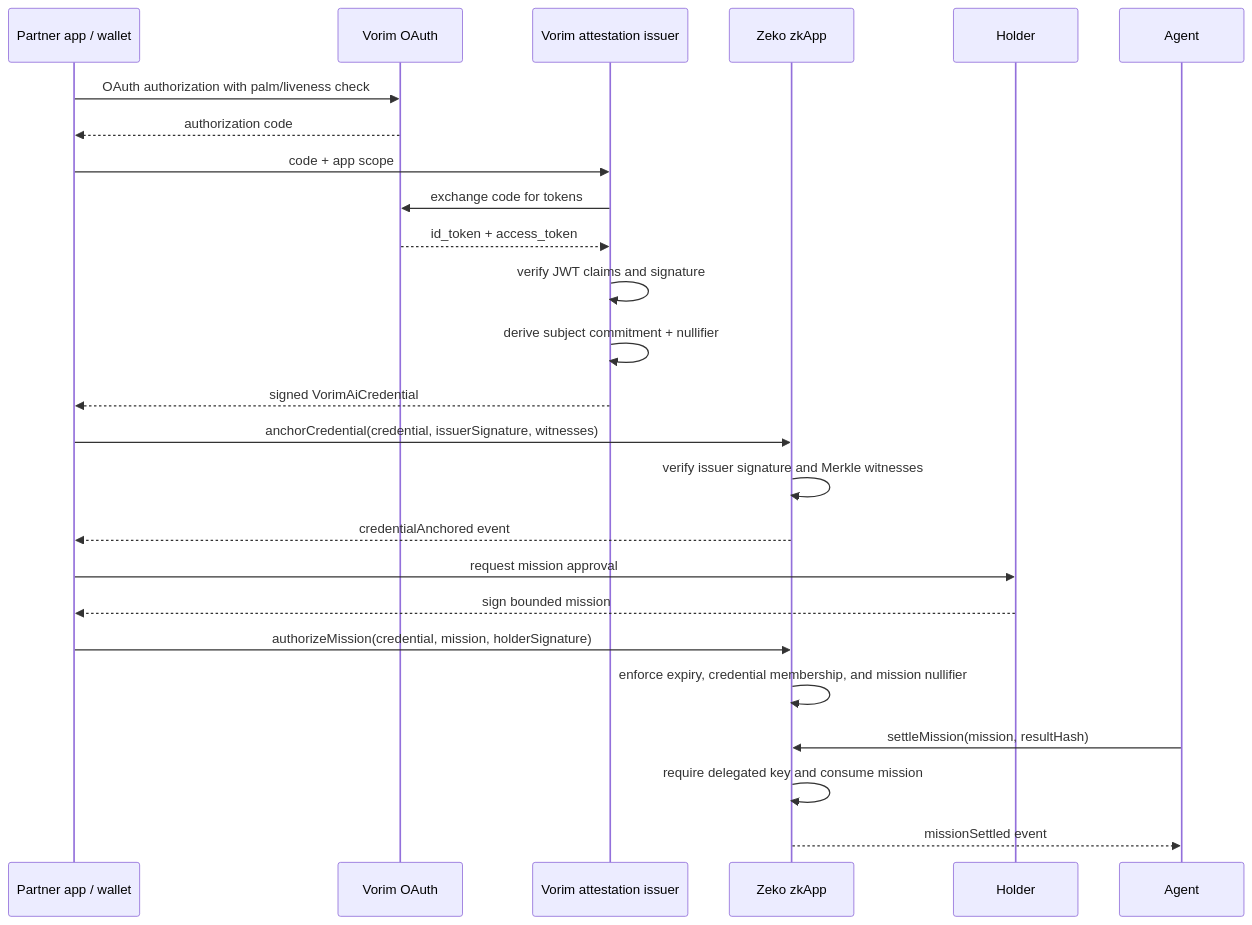
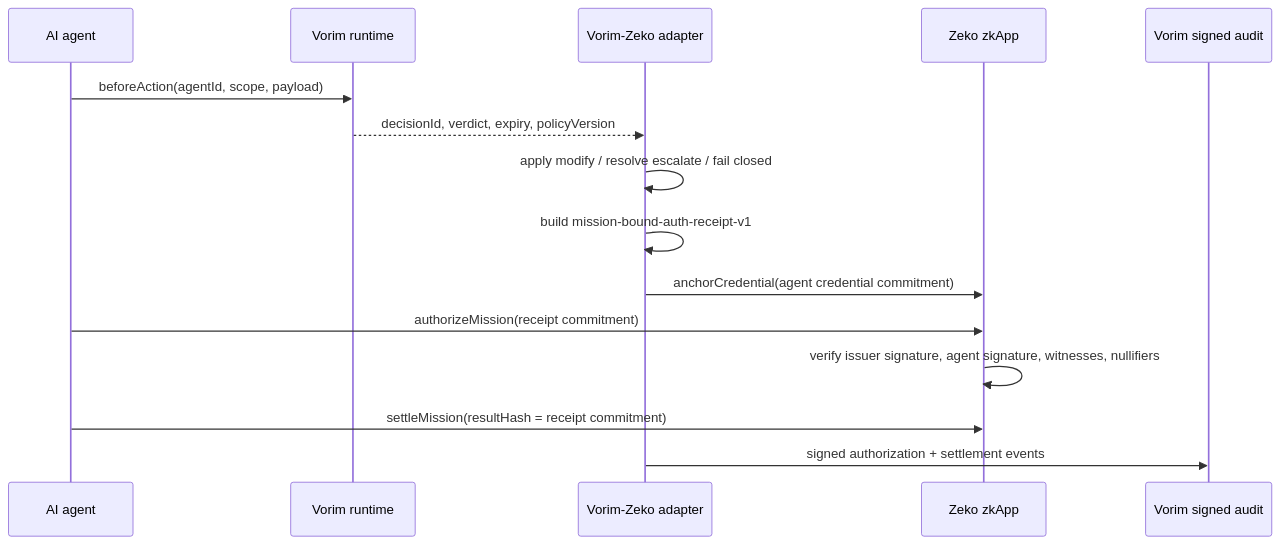
Before and after one commit to Evan-k-global/vorimAI-zeko-demo: the diagram in README.md, drawn with Mermaid. The commit also changed other lines of this file and 15 other files, not shown here.

Commit message:
Correct Vorim agent trust framing

````diff
--- a/README.md
+++ b/README.md
@@ -9,26 +15,18 @@
 ```mermaid
 sequenceDiagram
-  participant App as Partner app / wallet
-  participant Vorim as Vorim OAuth
-  participant Issuer as Vorim attestation issuer
+  participant Agent as AI agent
+  participant Vorim as Vorim runtime
+  participant Adapter as Vorim-Zeko adapter
   participant Zeko as Zeko zkApp
+  participant Audit as Vorim signed audit
 
-  App->>Vorim: OAuth authorization with palm/liveness check
-  Vorim-->>App: authorization code
-  App->>Issuer: code + app scope
-  Issuer->>Vorim: exchange code for tokens
-  Vorim-->>Issuer: id_token + access_token
-  Issuer->>Issuer: verify JWT claims and signature
-  Issuer->>Issuer: derive subject commitment + nullifier
-  Issuer-->>App: signed VorimAiCredential
-  App->>Zeko: anchorCredential(credential, issuerSignature, witnesses)
-  Zeko->>Zeko: verify issuer signature and Merkle witnesses
-  Zeko-->>App: credentialAnchored event
-  App->>Holder: request mission approval
-  Holder-->>App: sign bounded mission
-  App->>Zeko: authorizeMission(credential, mission, holderSignature)
-  Zeko->>Zeko: enforce expiry, credential membership, and mission nullifier
-  Agent->>Zeko: settleMission(mission, resultHash)
-  Zeko->>Zeko: require delegated key and consume mission
-  Zeko-->>Agent: missionSettled event
+  Agent->>Vorim: beforeAction(agentId, scope, payload)
+  Vorim-->>Adapter: decisionId, verdict, expiry, policyVersion
+  Adapter->>Adapter: apply modify / resolve escalate / fail closed
+  Adapter->>Adapter: build mission-bound-auth-receipt-v1
+  Adapter->>Zeko: anchorCredential(agent credential commitment)
+  Agent->>Zeko: authorizeMission(receipt commitment)
+  Zeko->>Zeko: verify issuer signature, agent signature, witnesses, nullifiers
+  Agent->>Zeko: settleMission(resultHash = receipt commitment)
+  Adapter->>Audit: signed authorization + settlement events
 ```
````
